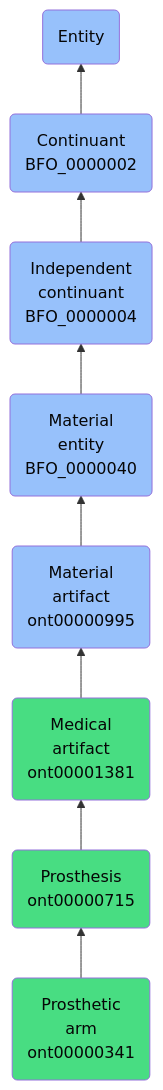
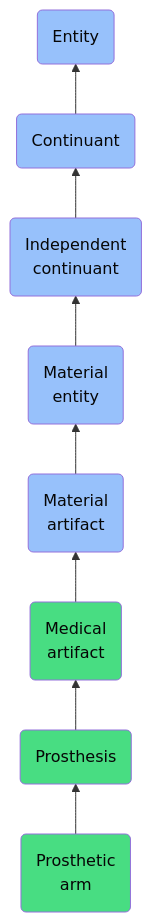
The diagram in docs/ontology/reference/model/Entity/Continuant/Independent continuant/Material entity/Material artifact/Medical artifact/Prosthesis/Prosthetic arm/Prosthetic arm.md (jupyter-naas/abi), drawn with Mermaid before and after one commit. The commit also changed other lines of this file and 1430 other files, not shown here.

````diff
--- a/docs/ontology/reference/model/Entity/Continuant/Independent continuant/Material entity/Material artifact/Medical artifact/Prosthesis/Prosthetic arm/Prosthetic arm.md
+++ b/docs/ontology/reference/model/Entity/Continuant/Independent continuant/Material entity/Material artifact/Medical artifact/Prosthesis/Prosthetic arm/Prosthetic arm.md
@@ -24,15 +24,15 @@
 ```mermaid
 graph BT
-    ont00000341(Prosthetic<br>arm<br>ont00000341):::ABI-->ont00000715
-    ont00000715(Prosthesis<br>ont00000715):::ABI-->ont00001381
-    ont00001381(Medical<br>artifact<br>ont00001381):::ABI-->ont00000995
-    ont00000995(Material<br>artifact<br>ont00000995):::BFO-->BFO_0000040
-    BFO_0000040(Material<br>entity<br>BFO_0000040):::BFO-->BFO_0000004
-    BFO_0000004(Independent<br>continuant<br>BFO_0000004):::BFO-->BFO_0000002
-    BFO_0000002(Continuant<br>BFO_0000002):::BFO-->BFO_0000001
+    ont00000341(Prosthetic<br>arm):::ABI-->ont00000715
+    ont00000715(Prosthesis):::ABI-->ont00001381
+    ont00001381(Medical<br>artifact):::ABI-->ont00000995
+    ont00000995(Material<br>artifact):::BFO-->BFO_0000040
+    BFO_0000040(Material<br>entity):::BFO-->BFO_0000004
+    BFO_0000004(Independent<br>continuant):::BFO-->BFO_0000002
+    BFO_0000002(Continuant):::BFO-->BFO_0000001
     BFO_0000001(Entity):::BFO
     
     classDef BFO fill:#97c1fb,color:#060606
     classDef CCO fill:#e4c51e,color:#060606
     classDef ABI fill:#48DD82,color:#060606
 ```
````
